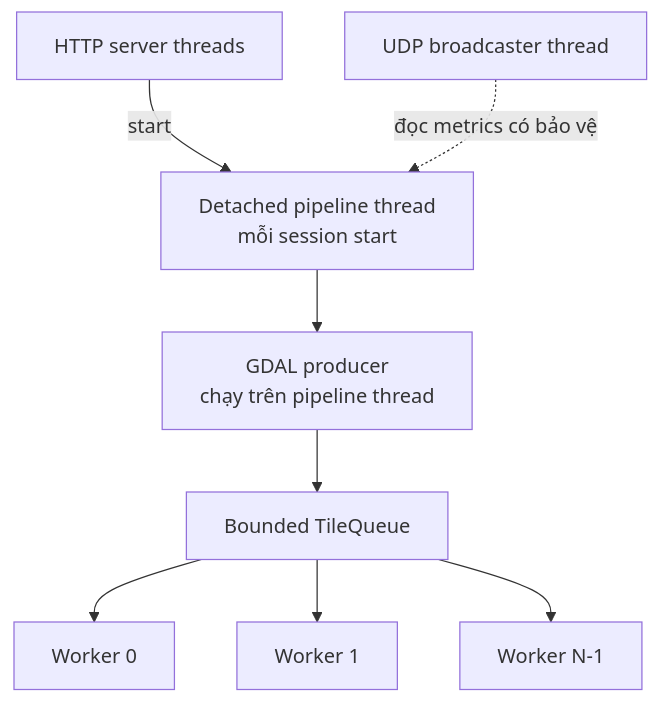
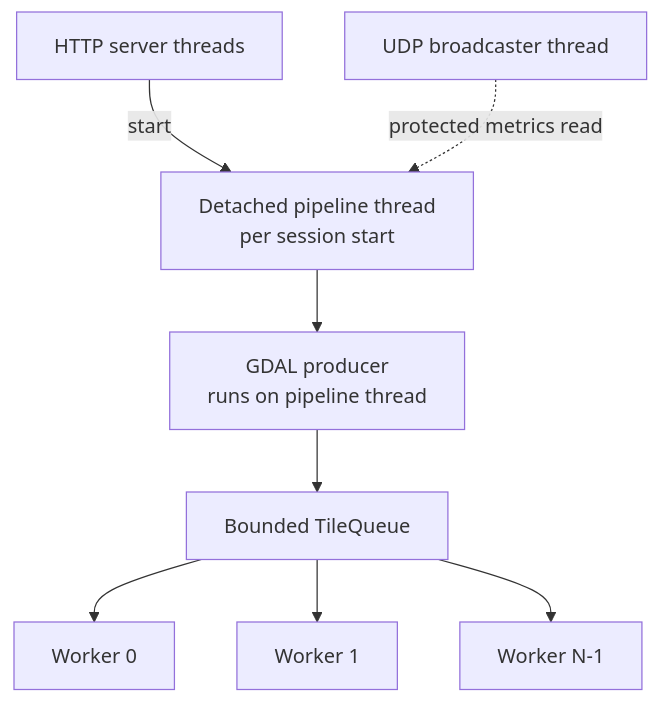
One commit to Dinhthuy2k5/remote-sensing-pipeline changed the diagram in docs/CONCURRENCY.md. Above: the diagram before and after it, drawn with Mermaid. The commit also changed 4 other files, not shown here.

Commit message:
docs: localize documentation and keep diagrams precise

````diff
--- a/docs/CONCURRENCY.md
+++ b/docs/CONCURRENCY.md
@@ -9,18 +9,18 @@
 ```mermaid
 flowchart TB
     HTTP["HTTP server threads"]
-    Pipeline["Detached pipeline thread<br/>mỗi session start"]
-    Producer["GDAL producer<br/>chạy trên pipeline thread"]
+    Pipeline["Detached pipeline thread<br/>per session start"]
+    Producer["GDAL producer<br/>runs on pipeline thread"]
     Queue["Bounded TileQueue"]
     W1["Worker 0"]
     W2["Worker 1"]
     WN["Worker N-1"]
     UDP["UDP broadcaster thread"]
 
     HTTP -->|"start"| Pipeline
     Pipeline --> Producer --> Queue
     Queue --> W1
     Queue --> W2
     Queue --> WN
-    UDP -. "đọc metrics có bảo vệ" .-> Pipeline
+    UDP -. "protected metrics read" .-> Pipeline
 ```
````
